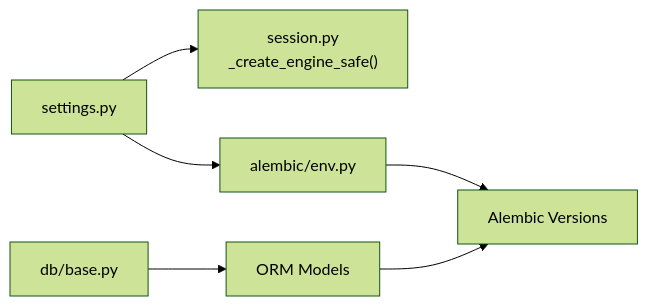
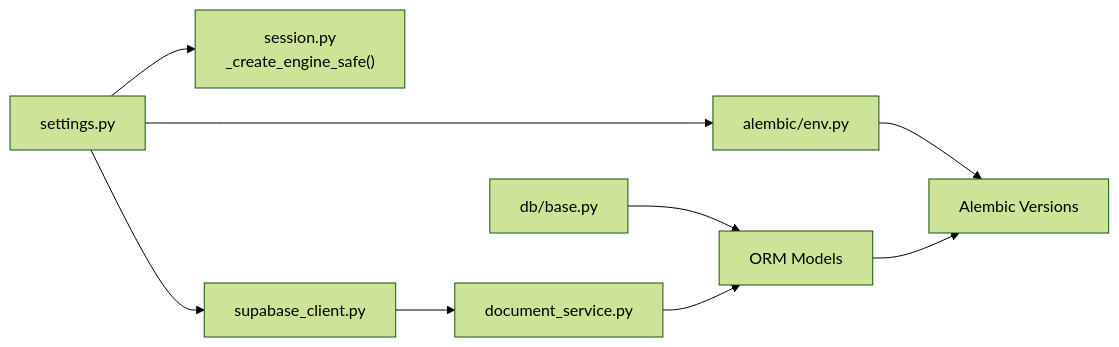
Before and after one commit to rohitkumarnaidu/-Auto-AI-Automated-Academic-Docx-Manuscript-Formatter: the eighth of 8 diagrams in .qoder/repowiki/en/content/Backend Development/Database & ORM Design.md, drawn with Mermaid (forest theme). The commit also changed other lines of this file and 4 other files, not shown here.

````diff
--- a/.qoder/repowiki/en/content/Backend Development/Database & ORM Design.md
+++ b/.qoder/repowiki/en/content/Backend Development/Database & ORM Design.md
@@ -402,8 +492,11 @@
 ```mermaid
 graph LR
 Settings["settings.py"] --> Engine["session.py<br/>_create_engine_safe()"]
 Settings --> AlembicEnv["alembic/env.py"]
+Settings --> SupabaseClient["supabase_client.py"]
 Base["db/base.py"] --> Models["ORM Models"]
 AlembicEnv --> Migrations["Alembic Versions"]
 Models --> Migrations
+SupabaseClient --> DocumentService["document_service.py"]
+DocumentService --> Models
 ```
````
